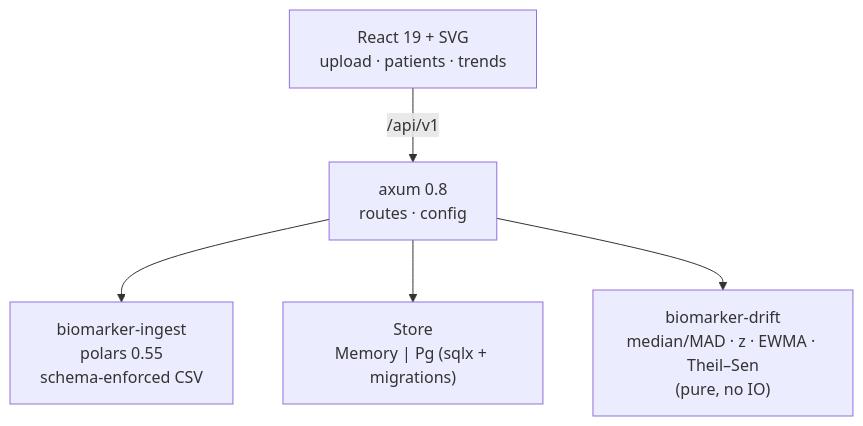
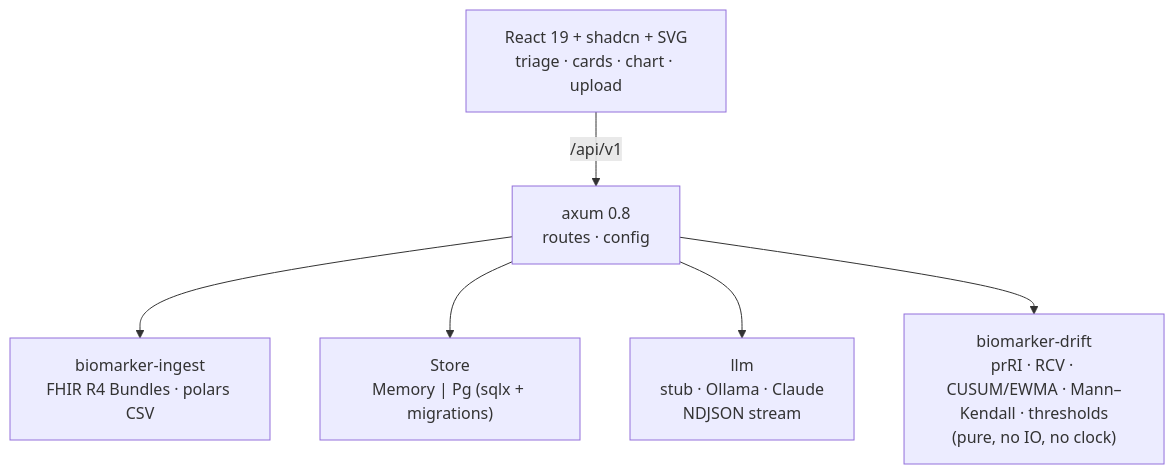
One commit to akarales/biomarker-trend-analyzer changed the diagram in README.md. Above: the diagram before and after it, drawn with Mermaid. The commit also changed other lines of this file and 190 other files, not shown here.

````diff
--- a/README.md
+++ b/README.md
@@ -44,7 +76,8 @@
 ```mermaid
 flowchart TD
-    FE["React 19 + SVG<br/>upload · patients · trends"] -->|"/api/v1"| API["axum 0.8<br/>routes · config"]
-    API --> ING["biomarker-ingest<br/>polars 0.55<br/>schema-enforced CSV"]
+    FE["React 19 + shadcn + SVG<br/>triage · cards · chart · upload"] -->|"/api/v1"| API["axum 0.8<br/>routes · config"]
+    API --> ING["biomarker-ingest<br/>FHIR R4 Bundles · polars CSV"]
     API --> ST["Store<br/>Memory | Pg (sqlx + migrations)"]
-    API --> DRIFT["biomarker-drift<br/>median/MAD · z · EWMA · Theil–Sen<br/>(pure, no IO)"]
+    API --> LLM["llm<br/>stub · Ollama · Claude<br/>NDJSON stream"]
+    API --> DRIFT["biomarker-drift<br/>prRI · RCV · CUSUM/EWMA · Mann–Kendall · thresholds<br/>(pure, no IO, no clock)"]
 ```
````
